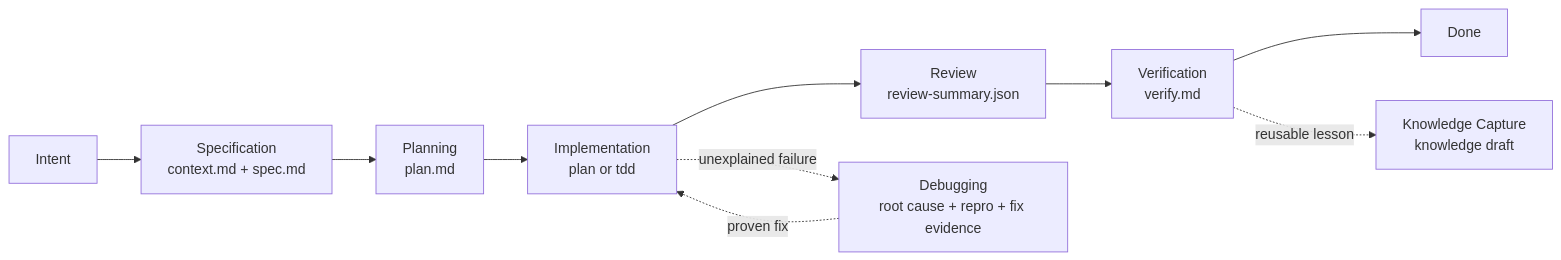
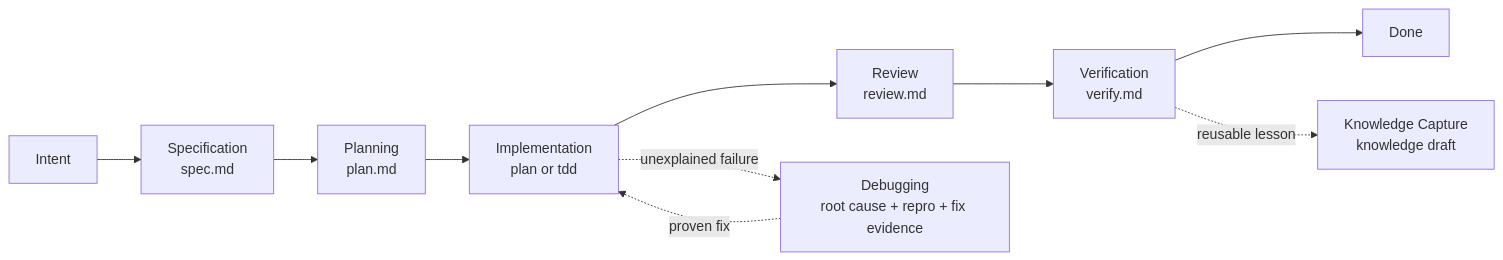
The diagram in prismspec/README.md (Spadex/halo), drawn with Mermaid before and after one commit. The commit also changed other lines of this file and 64 other files, not shown here.

````diff
--- a/prismspec/README.md
+++ b/prismspec/README.md
@@ -22,13 +22,13 @@
 ```mermaid
 flowchart LR
-  I[Intent] --> S[Specification<br/>context.md + spec.md]
+  I[Intent] --> S[Specification<br/>spec.md]
   S --> P[Planning<br/>plan.md]
   P --> E[Implementation<br/>plan or tdd]
-  E --> R[Review<br/>review-summary.json]
+  E --> R[Review<br/>review.md]
   R --> V[Verification<br/>verify.md]
   V --> D[Done]
 
   E -. unexplained failure .-> B[Debugging<br/>root cause + repro + fix evidence]
   B -. proven fix .-> E
   V -. reusable lesson .-> K[Knowledge Capture<br/>knowledge draft]
 ```
````
